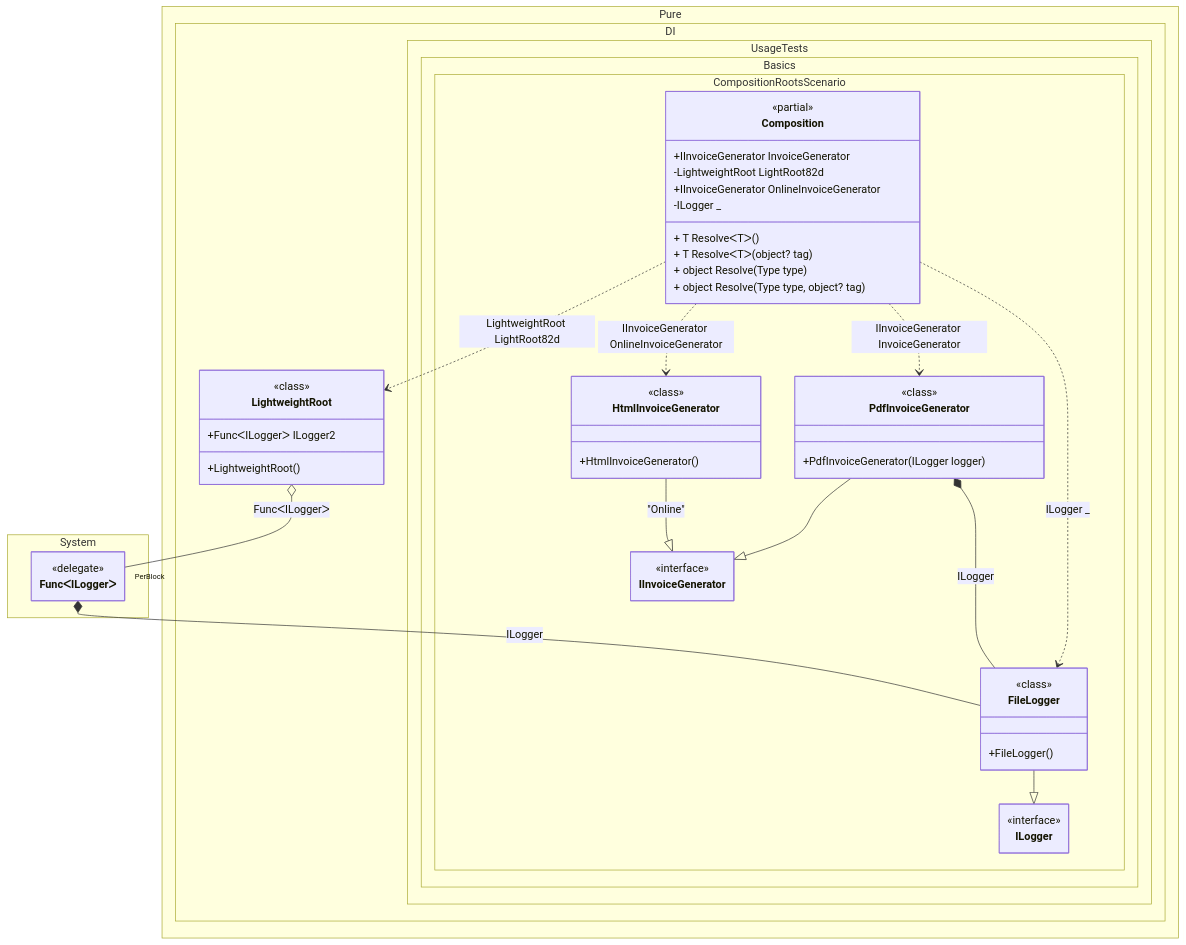
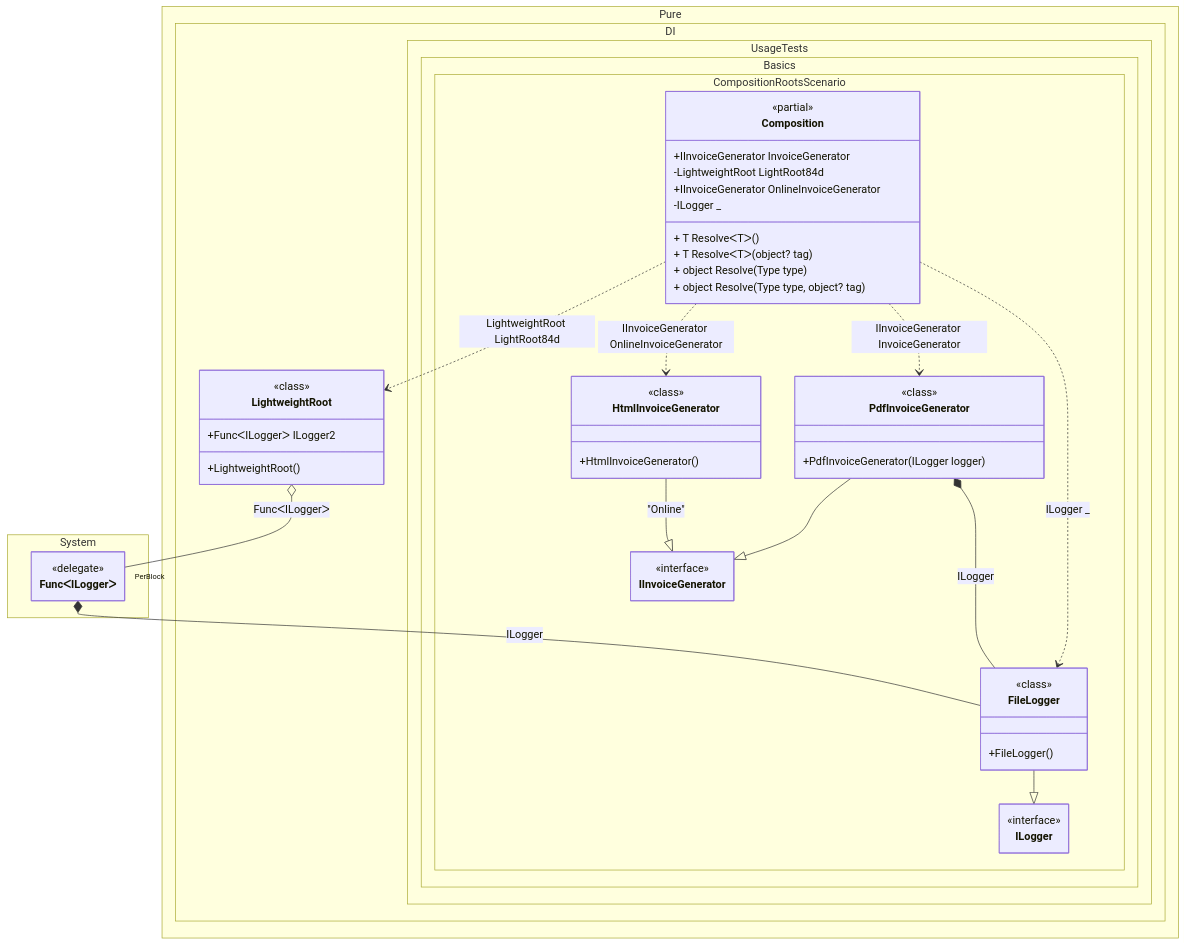
The diagram in readme/composition-roots.md (DevTeam/Pure.DI), drawn with Mermaid before and after one commit. The commit also changed other lines of this file and 40 other files, not shown here.

````diff
--- a/readme/composition-roots.md
+++ b/readme/composition-roots.md
@@ -319,63 +324,63 @@
 ```mermaid
 ---
  config:
   maxTextSize: 2147483647
   maxEdges: 2147483647
   class:
    hideEmptyMembersBox: true
 ---
 classDiagram
 	PdfInvoiceGenerator --|> IInvoiceGenerator
 	HtmlInvoiceGenerator --|> IInvoiceGenerator : "Online" 
 	FileLogger --|> ILogger
-	Composition ..> LightweightRoot : LightweightRoot LightRoot82d
+	Composition ..> LightweightRoot : LightweightRoot LightRoot84d
 	Composition ..> HtmlInvoiceGenerator : IInvoiceGenerator OnlineInvoiceGenerator
 	Composition ..> FileLogger : ILogger _
 	Composition ..> PdfInvoiceGenerator : IInvoiceGenerator InvoiceGenerator
 	PdfInvoiceGenerator *--  FileLogger : ILogger
 	LightweightRoot o-- "PerBlock" FuncᐸILoggerᐳ : FuncᐸILoggerᐳ
 	FuncᐸILoggerᐳ *--  FileLogger : ILogger
 	namespace Pure.DI {
 		class LightweightRoot {
 				<<class>>
 			+LightweightRoot()
 			+FuncᐸILoggerᐳ ILogger2
 		}
 	}
 	namespace Pure.DI.UsageTests.Basics.CompositionRootsScenario {
 		class Composition {
 		<<partial>>
 		+IInvoiceGenerator InvoiceGenerator
-		-LightweightRoot LightRoot82d
+		-LightweightRoot LightRoot84d
 		+IInvoiceGenerator OnlineInvoiceGenerator
 		-ILogger _
 		+ T ResolveᐸTᐳ()
 		+ T ResolveᐸTᐳ(object? tag)
 		+ object Resolve(Type type)
 		+ object Resolve(Type type, object? tag)
 		}
 		class FileLogger {
 				<<class>>
 			+FileLogger()
 		}
 		class HtmlInvoiceGenerator {
 				<<class>>
 			+HtmlInvoiceGenerator()
 		}
 		class IInvoiceGenerator {
 			<<interface>>
 		}
 		class ILogger {
 			<<interface>>
 		}
 		class PdfInvoiceGenerator {
 				<<class>>
 			+PdfInvoiceGenerator(ILogger logger)
 		}
 	}
 	namespace System {
 		class FuncᐸILoggerᐳ {
 				<<delegate>>
 		}
 	}
 ```
````
